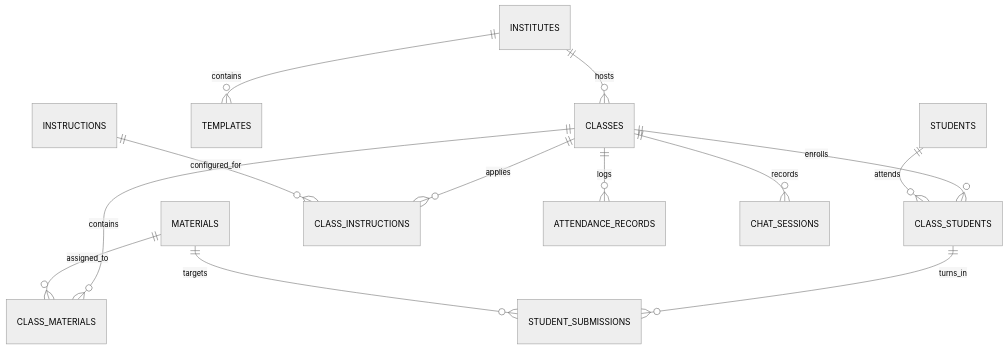
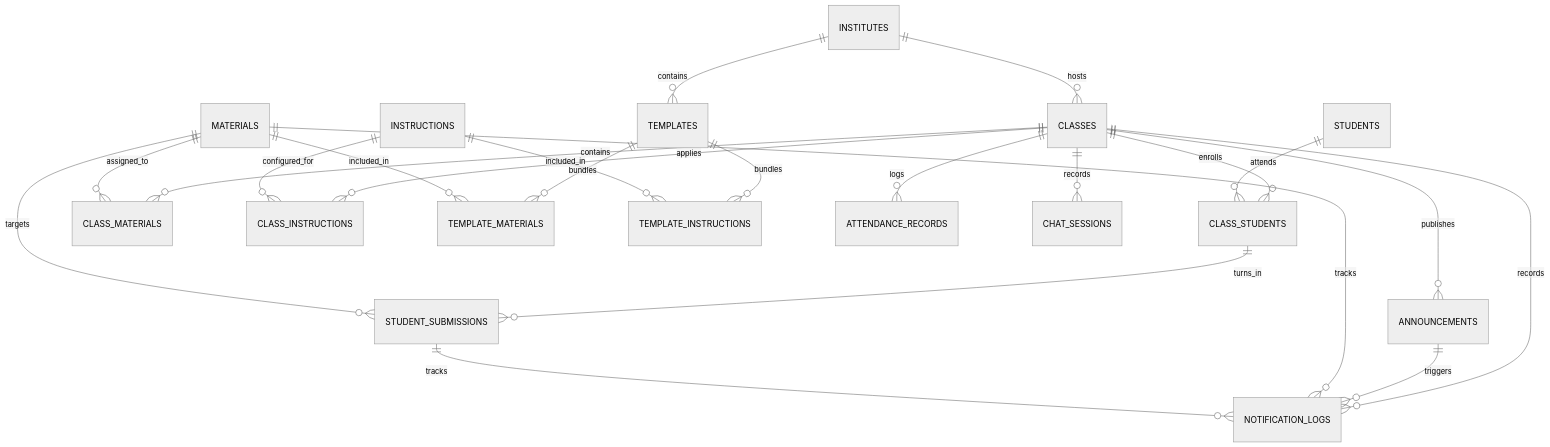
Before and after one commit to VictorBravo9er/Teacher-Assistant-Workspace: the diagram in schema/code.DESC.md, drawn with Mermaid (neutral theme). The commit also changed other lines of this file and 14 other files, not shown here.

Commit message:
docs: complete verification and synchronize micro-docs with systems architecture

````diff
--- a/schema/code.DESC.md
+++ b/schema/code.DESC.md
@@ -35,15 +35,24 @@
 ```mermaid
 erDiagram
     INSTITUTES ||--o{ CLASSES : hosts
     INSTITUTES ||--o{ TEMPLATES : contains
     CLASSES ||--o{ CLASS_STUDENTS : enrolls
     STUDENTS ||--o{ CLASS_STUDENTS : attends
     CLASSES ||--o{ CLASS_MATERIALS : contains
     MATERIALS ||--o{ CLASS_MATERIALS : assigned_to
     CLASSES ||--o{ CLASS_INSTRUCTIONS : applies
     INSTRUCTIONS ||--o{ CLASS_INSTRUCTIONS : configured_for
+    TEMPLATES ||--o{ TEMPLATE_MATERIALS : bundles
+    MATERIALS ||--o{ TEMPLATE_MATERIALS : included_in
+    TEMPLATES ||--o{ TEMPLATE_INSTRUCTIONS : bundles
+    INSTRUCTIONS ||--o{ TEMPLATE_INSTRUCTIONS : included_in
     CLASS_STUDENTS ||--o{ STUDENT_SUBMISSIONS : turns_in
     MATERIALS ||--o{ STUDENT_SUBMISSIONS : targets
     CLASSES ||--o{ ATTENDANCE_RECORDS : logs
     CLASSES ||--o{ CHAT_SESSIONS : records
+    CLASSES ||--o{ ANNOUNCEMENTS : publishes
+    CLASSES ||--o{ NOTIFICATION_LOGS : records
+    ANNOUNCEMENTS ||--o{ NOTIFICATION_LOGS : triggers
+    MATERIALS ||--o{ NOTIFICATION_LOGS : tracks
+    STUDENT_SUBMISSIONS ||--o{ NOTIFICATION_LOGS : tracks
 ```
````
